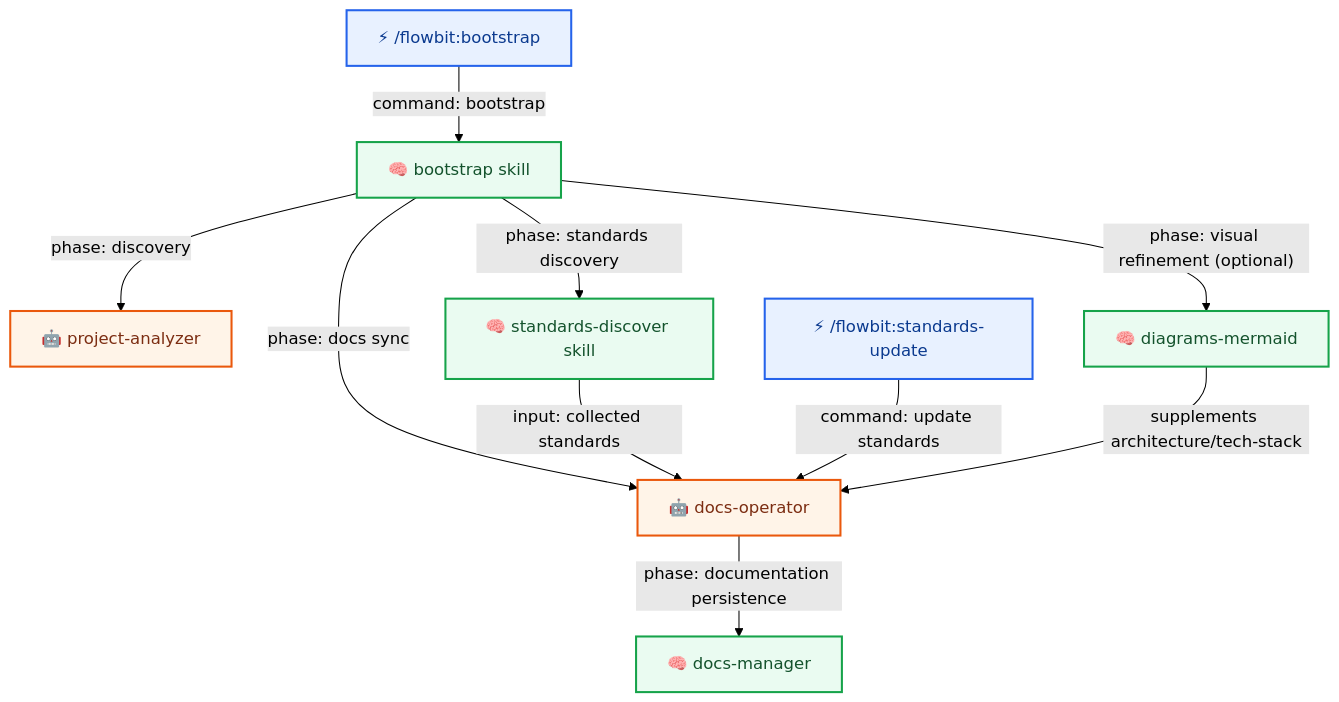
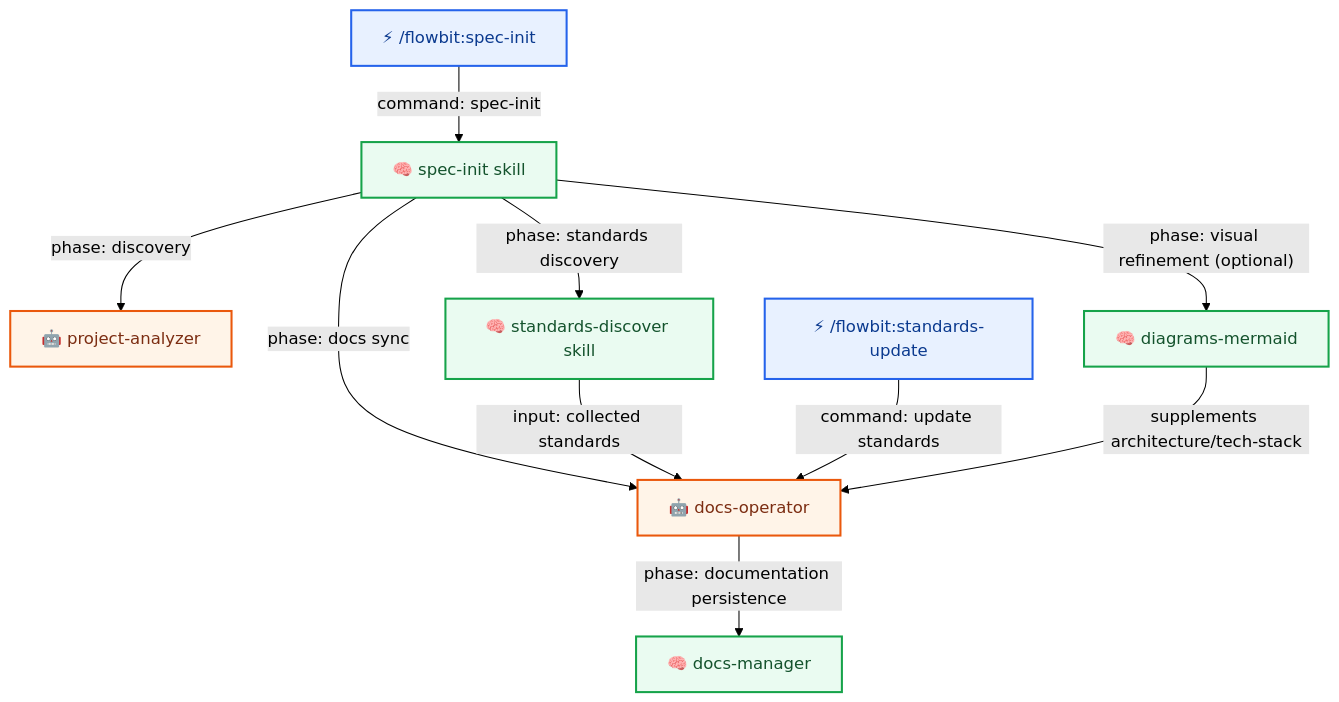
The second of 11 diagrams in docs/flow/workflows.md (plucins/flowbit), drawn with Mermaid (forest theme) before and after one commit. The commit also changed other lines of this file and 22 other files, not shown here.

First line of the commit message:
Rename bootstrap skill to spec-init

````diff
--- a/docs/flow/workflows.md
+++ b/docs/flow/workflows.md
@@ -57,19 +57,19 @@
 ```mermaid
 graph TD
-  INIT_CMD["⚡ /flowbit:bootstrap"] -- "command: bootstrap" --> INIT["🧠 bootstrap skill"]
+  INIT_CMD["⚡ /flowbit:spec-init"] -- "command: spec-init" --> INIT["🧠 spec-init skill"]
   INIT -- "phase: discovery" --> PROJ["🤖 project-analyzer"]
   INIT -- "phase: standards discovery" --> STD_DISC["🧠 standards-discover skill"]
   INIT -- "phase: visual refinement (optional)" --> DIAG_I["🧠 diagrams-mermaid"]
   INIT -- "phase: docs sync" --> DOCS_OP["🤖 docs-operator"]
   STD_DISC -- "input: collected standards" --> DOCS_OP
   STD_UPD["⚡ /flowbit:standards-update"] -- "command: update standards" --> DOCS_OP
   DIAG_I -- "supplements architecture/tech-stack" --> DOCS_OP
   DOCS_OP -- "phase: documentation persistence" --> DOCS["🧠 docs-manager"]
 
   classDef cmd fill:#E8F1FF,stroke:#2563EB,stroke-width:2px,color:#0B3A8F;
   classDef skill fill:#EAFBF1,stroke:#16A34A,stroke-width:2px,color:#14532D;
   classDef agent fill:#FFF4E8,stroke:#EA580C,stroke-width:2px,color:#7C2D12;
   class INIT_CMD,STD_UPD cmd;
   class INIT,STD_DISC,DOCS,DIAG_I skill;
   class PROJ,DOCS_OP agent;
 ```
````
